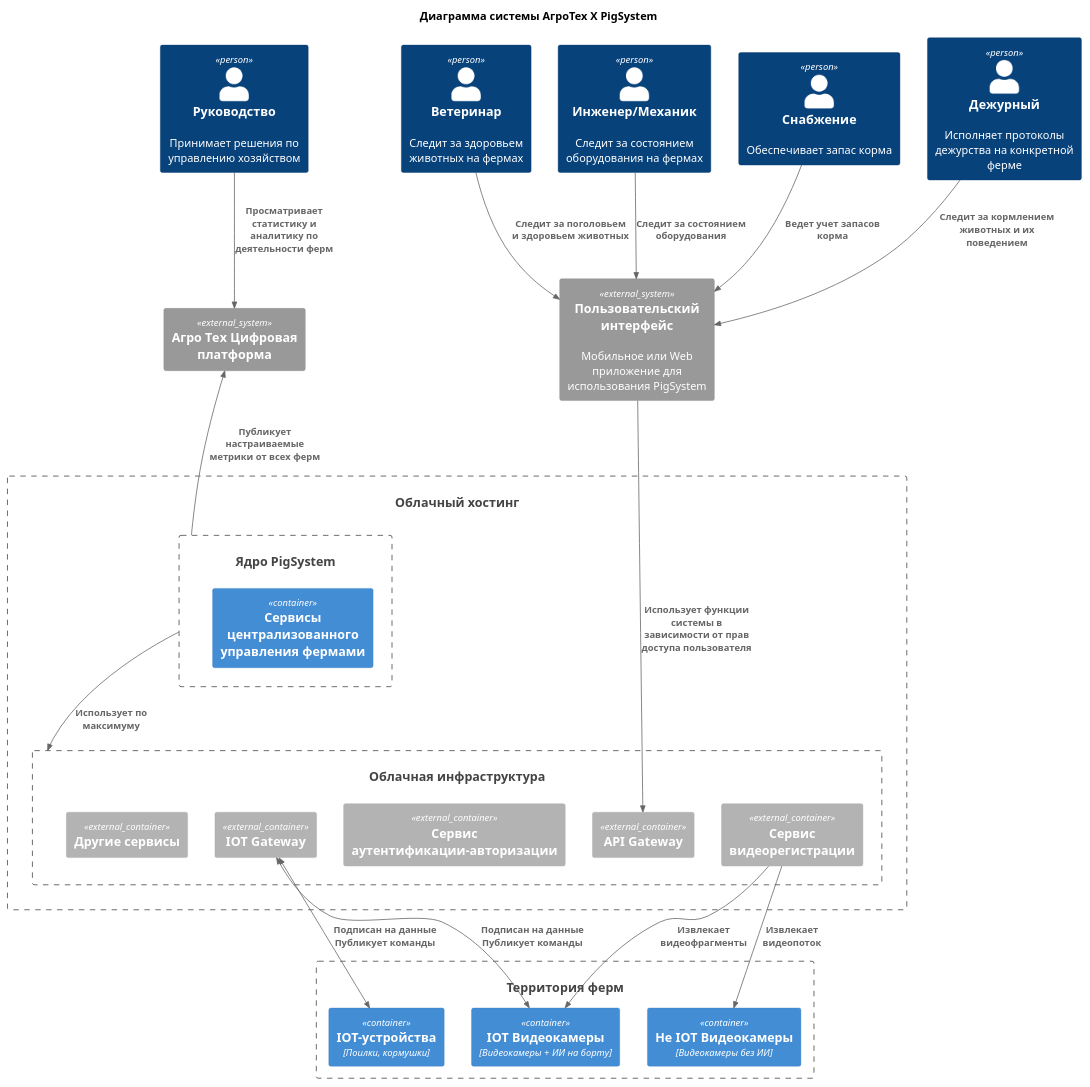
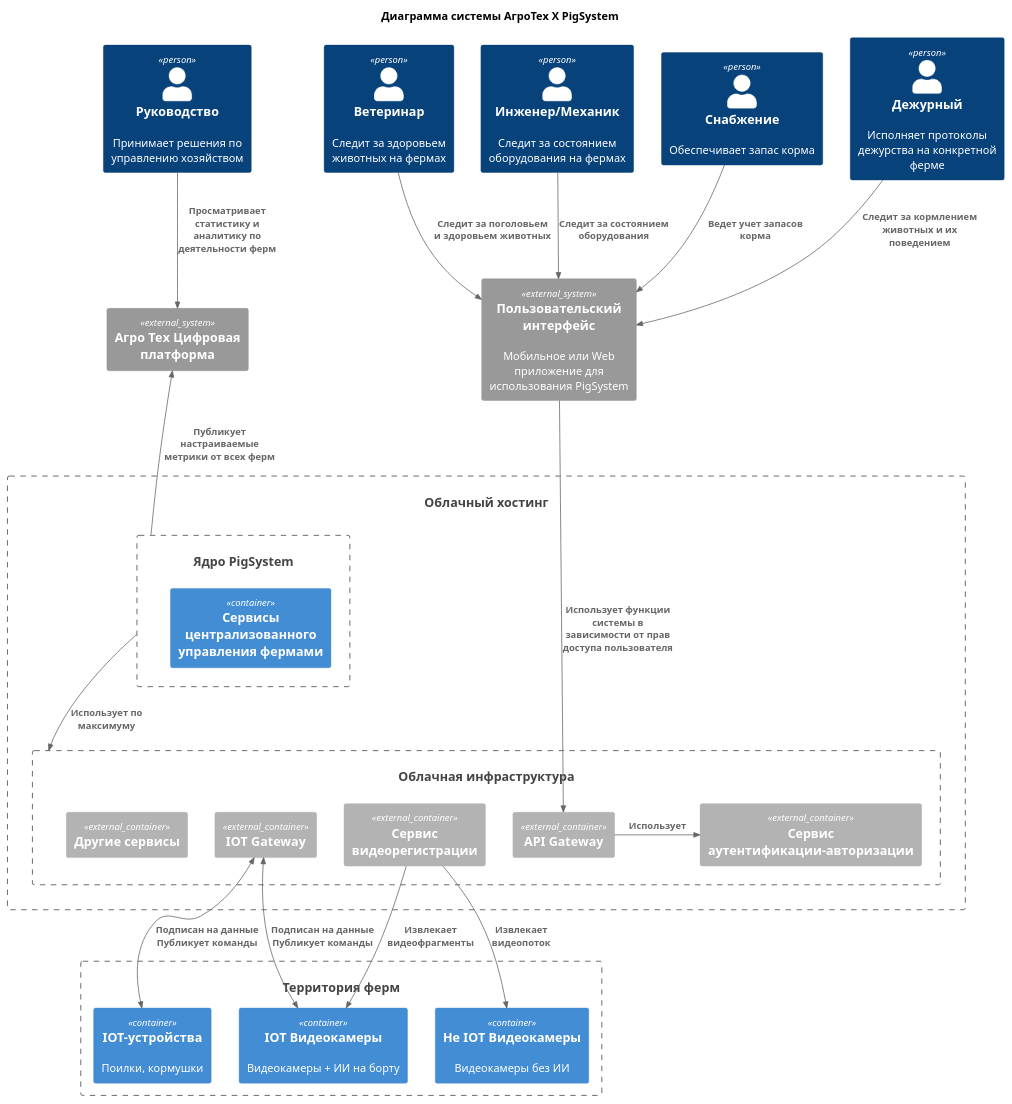
The diagram in Task2/Container-option-Cloud MVP.puml (ane-ta/ms-agrotech), drawn with PlantUML before and after one commit.

Commit message:
docs: C2Option - Cloud MVP lables fixed

```diff
--- a/Task2/Container-option-Cloud MVP.puml
+++ b/Task2/Container-option-Cloud MVP.puml
@@ -1,80 +1,81 @@
 @startuml
 title Диаграмма системы АгроТех Х PigSystem
 
 !includeurl https://raw.githubusercontent.com/RicardoNiepel/C4-PlantUML/master/C4_Component.puml
 Person(userDir, "Руководство", "Принимает решения по управлению хозяйством")
 Person(userOnDuty, "Дежурный", "Исполняет протоколы дежурства на конкретной ферме")
 Person(userVet, "Ветеринар", "Следит за здоровьем животных на фермах")
 Person(userMech, "Инженер/Механик", "Следит за состоянием оборудования на фермах")
 Person(userSupply, "Снабжение", "Обеспечивает запас корма")
 
 System_Ext(sysAgroTech, "Агро Тех Цифровая платформа")
 
 System_Ext(appUsing, "Пользовательский интерфейс", "Mобильное или Web приложение для использования PigSystem")
 Lay_Right(sysAgroTech, appUsing)
 
 System_Ext(sysCloud, "Облачный хостинг", "")
 Container_Boundary(sysCloud, ""){
     
     System(cntCloudServices, "Облачная инфраструктура", "")
     Container_Boundary(cntCloudServices, "Облачные сервисы"){
         Container_Ext(cmpIOTGateway, "IOT Gateway")
         Container_Ext(cmpAPIGateway, "API Gateway")
         Container_Ext(cmpUsersManagement, "Сервис аутентификации-авторизации")
         Container_Ext(cmpVideo, "Сервис видеорегистрации")
         Container_Ext(cmpCloudServicesOther, "Другие сервисы")
     }
 
     System(sysCenter, " Ядро PigSystem", "")
     Container_Boundary(sysCenter,""){
         Container(cntManagementServices, "Сервисы централизованного управления фермами")
     }
 }
 
 System(sysFarm, "Территория ферм", "")
 Container_Boundary(sysFarm, ""){
-    Container(cntEdgeDevices, "IOT-устройства", "Поилки, кормушки")
-    Container(cntEdgeIOTCameras, "IOT Видеокамеры", "Видеокамеры + ИИ на борту")
-    Container(cntEdgeCameras, "Не IOT Видеокамеры", "Видеокамеры без ИИ")
+    Container(cntEdgeDevices, "IOT-устройства", "", "Поилки, кормушки")
+    Container(cntEdgeIOTCameras, "IOT Видеокамеры", "", "Видеокамеры + ИИ на борту")
+    Container(cntEdgeCameras, "Не IOT Видеокамеры", "", "Видеокамеры без ИИ")
 }
 'using systems
 Rel_Down(userDir, sysAgroTech, "Просматривает статистику и аналитику по деятельности ферм")
 Rel_Down(userOnDuty, appUsing, "Следит за кормлением животных и их поведением")
 Rel_Down(userVet, appUsing, "Следит за поголовьем и здоровьем животных")
 Rel_Down(userMech, appUsing, "Следит за состоянием оборудования")
 Rel_Down(userSupply, appUsing, "Ведет учет запасов корма")
 
 Rel_Down(appUsing, cmpAPIGateway, "Использует функции системы в зависимости от прав доступа пользователя")
 
 Rel_Up(sysCenter, sysAgroTech, "Публикует настраиваемые метрики от всех ферм")
 
 'internal
 Rel(sysCenter, cntCloudServices, "Использует по максимуму")
+Rel_Right(cmpAPIGateway, cmpUsersManagement, "Использует")
 
 'slave
 BiRel(cmpIOTGateway, cntEdgeDevices, "Подписан на данные\nПубликует команды")
 BiRel(cmpIOTGateway, cntEdgeIOTCameras, "Подписан на данные\nПубликует команды")
 Rel(cmpVideo, cntEdgeCameras, "Извлекает\nвидеопоток")
 Rel(cmpVideo, cntEdgeIOTCameras, "Извлекает\nвидеофрагменты")
 
 ' System(sysCenter, "Центр", "")
 
 ' System(sysFarm, "Территория фермы", "")
 ' Container_Boundary(sysFarm, ""){
 '     Container(cntEdgeDevices, "IOT-устройства", "Видеокамеры, поилки, кормушки")
 ' }
 
 ' System(sysAgroTech, "Агро Тех Цифровая платформа")
 
 ' System(sysCloud, "Облачное пространство", "")
 ' Container_Boundary(sysCloud, ""){
 '     Container(cntCloudServices, "Облачные сервисы")
 
 ' }
 
 ' System(sysOnPremise, "Пространство ЦОД", "")
 ' Container_Boundary(sysOnPremise, ""){
 
 ' }
 
 @enduml
```
